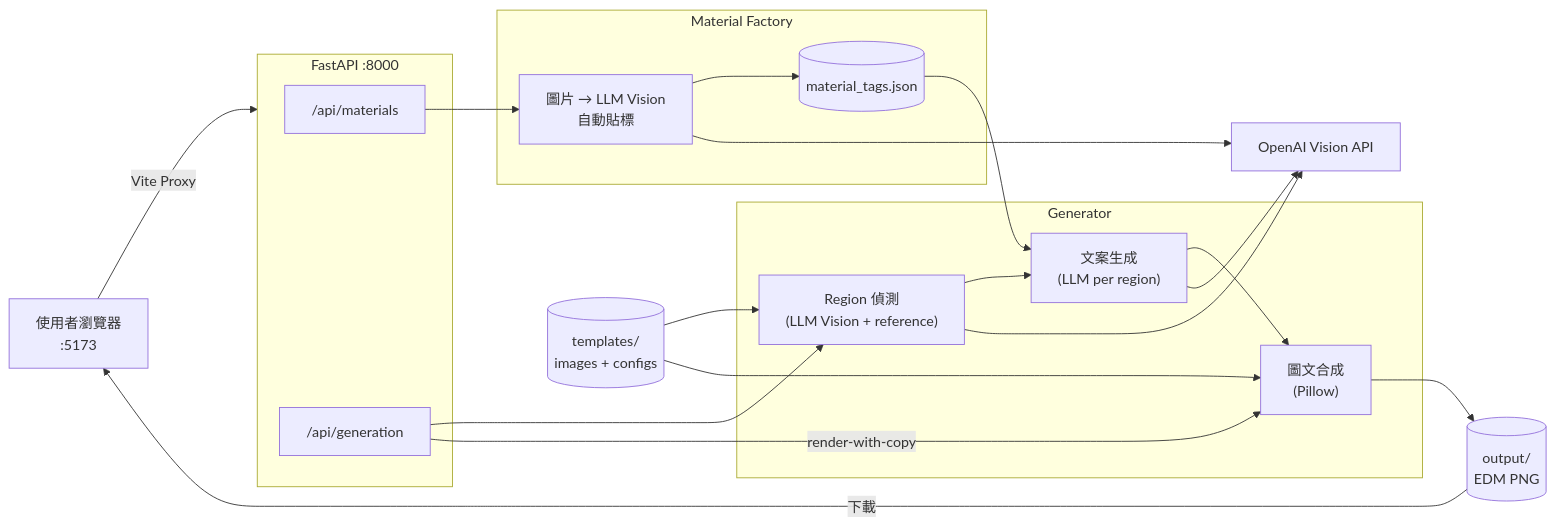
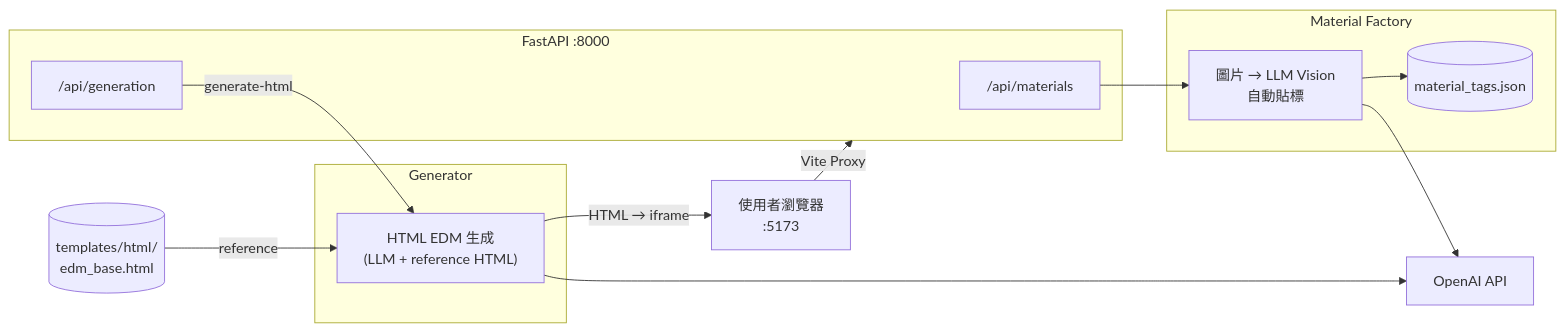
Before and after one commit to SamLai228/creative_agent: the diagram in docs/architecture_simple.md, drawn with Mermaid. The commit also changed 11 other files, not shown here.

First line of the commit message:
feat: replace image overlay with HTML EDM generation

````diff
--- a/docs/architecture_simple.md
+++ b/docs/architecture_simple.md
@@ -3,40 +3,31 @@
 ```mermaid
 flowchart LR
     User["使用者瀏覽器\n:5173"]
 
     subgraph Backend["FastAPI :8000"]
         API_Mat["/api/materials"]
         API_Gen["/api/generation"]
     end
 
     subgraph MaterialFactory["Material Factory"]
         Tagger["圖片 → LLM Vision\n自動貼標"]
         DB[("material_tags.json")]
         Tagger --> DB
     end
 
     subgraph Generator["Generator"]
-        Detect["Region 偵測\n(LLM Vision + reference)"]
-        Copy["文案生成\n(LLM per region)"]
-        Render["圖文合成\n(Pillow)"]
-        Detect --> Copy --> Render
+        HTMLGen["HTML EDM 生成\n(LLM + reference HTML)"]
     end
 
-    OpenAI["OpenAI Vision API"]
-    Templates[("templates/\nimages + configs")]
-    Output[("output/\nEDM PNG")]
+    OpenAI["OpenAI API"]
+    HTMLBase[("templates/html/\nedm_base.html")]
 
     User -->|"Vite Proxy"| Backend
     API_Mat --> Tagger
     Tagger --> OpenAI
 
-    API_Gen --> Detect
-    API_Gen -->|"render-with-copy"| Render
-    Detect --> OpenAI
-    Copy --> OpenAI
-    Templates --> Detect
-    Templates --> Render
-    DB --> Copy
-    Render --> Output
-    Output -->|"下載"| User
+    API_Gen -->|"generate-html"| HTMLGen
+    HTMLBase -->|"reference"| HTMLGen
+    HTMLGen --> OpenAI
+    HTMLGen -->|"HTML → iframe"| User
 ```
````
